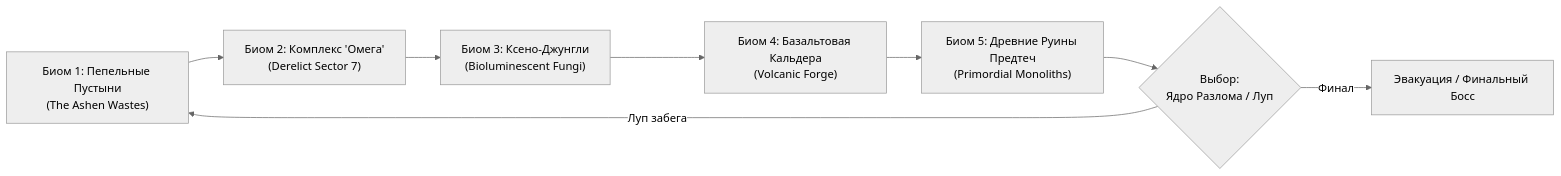
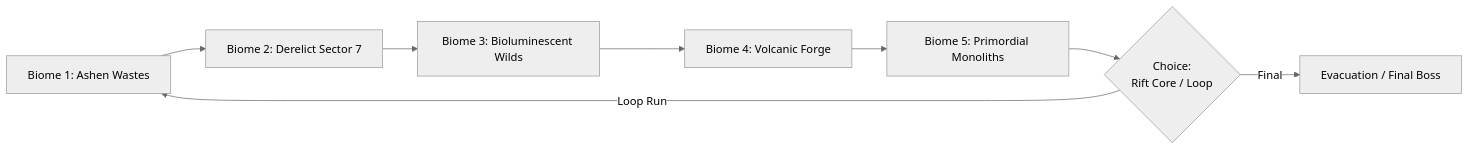
The first of 3 diagrams in docs/GAME_DESIGN.md (oneruit/roguelike-coop-game), drawn with Mermaid (neutral theme) before and after one commit. The commit also changed other lines of this file and 29 other files, not shown here.

````diff
--- a/docs/GAME_DESIGN.md
+++ b/docs/GAME_DESIGN.md
@@ -53,10 +52,10 @@
 ```mermaid
 flowchart LR
-    A["Биом 1: Пепельные Пустыни<br/>(The Ashen Wastes)"] --> B["Биом 2: Комплекс 'Омега'<br/>(Derelict Sector 7)"]
-    B --> C["Биом 3: Ксено-Джунгли<br/>(Bioluminescent Fungi)"]
-    C --> D["Биом 4: Базальтовая Кальдера<br/>(Volcanic Forge)"]
-    D --> E["Биом 5: Древние Руины Предтеч<br/>(Primordial Monoliths)"]
-    E --> F{"Выбор:<br/>Ядро Разлома / Луп"}
-    F -- "Финал" --> G["Эвакуация / Финальный Босс"]
-    F -- "Луп забега" --> A
+    A["Biome 1: Ashen Wastes"] --> B["Biome 2: Derelict Sector 7"]
+    B --> C["Biome 3: Bioluminescent Wilds"]
+    C --> D["Biome 4: Volcanic Forge"]
+    D --> E["Biome 5: Primordial Monoliths"]
+    E --> F{"Choice:<br/>Rift Core / Loop"}
+    F -- "Final" --> G["Evacuation / Final Boss"]
+    F -- "Loop Run" --> A
 ```
````
